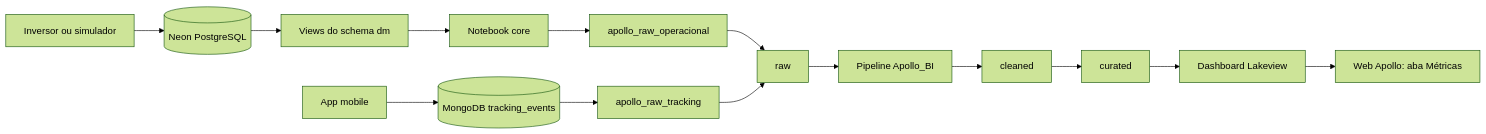
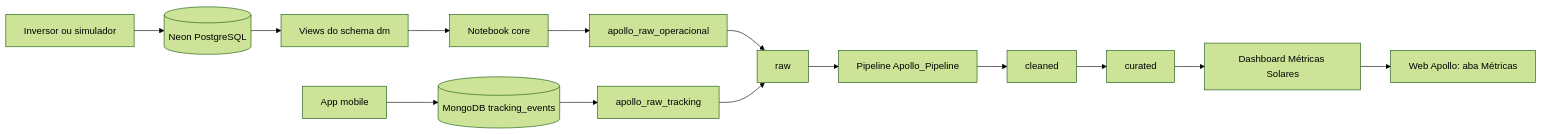
The diagram in README.md (ApolloOficial/Apollo-BI), drawn with Mermaid (forest theme) before and after one commit. The commit also changed other lines of this file and 7 other files, not shown here.

````diff
--- a/README.md
+++ b/README.md
@@ -156,16 +155,16 @@
 ```mermaid
 flowchart LR
     I[Inversor ou simulador] --> N[(Neon PostgreSQL)]
     N --> DM[Views do schema dm]
     DM --> C[Notebook core]
     M[App mobile] --> MG[(MongoDB tracking_events)]
     C --> RO[apollo_raw_operacional]
     MG --> RT[apollo_raw_tracking]
     RO --> R[raw]
     RT --> R
-    R --> P[Pipeline Apollo_BI]
+    R --> P[Pipeline Apollo_Pipeline]
     P --> CL[cleaned]
     CL --> CU[curated]
-    CU --> D[Dashboard Lakeview]
+    CU --> D[Dashboard Métricas Solares]
     D --> W[Web Apollo: aba Métricas]
 ```
````
